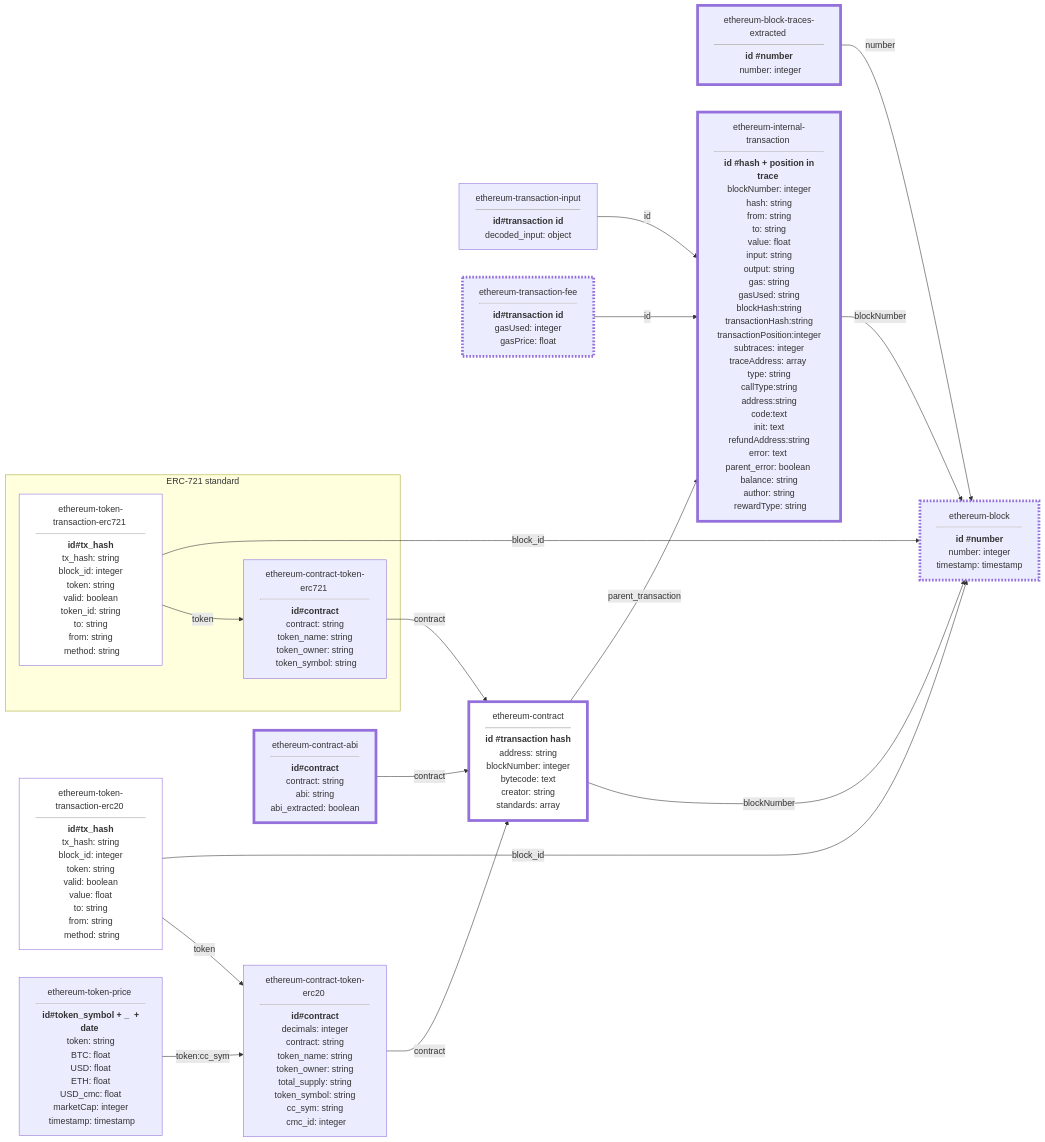
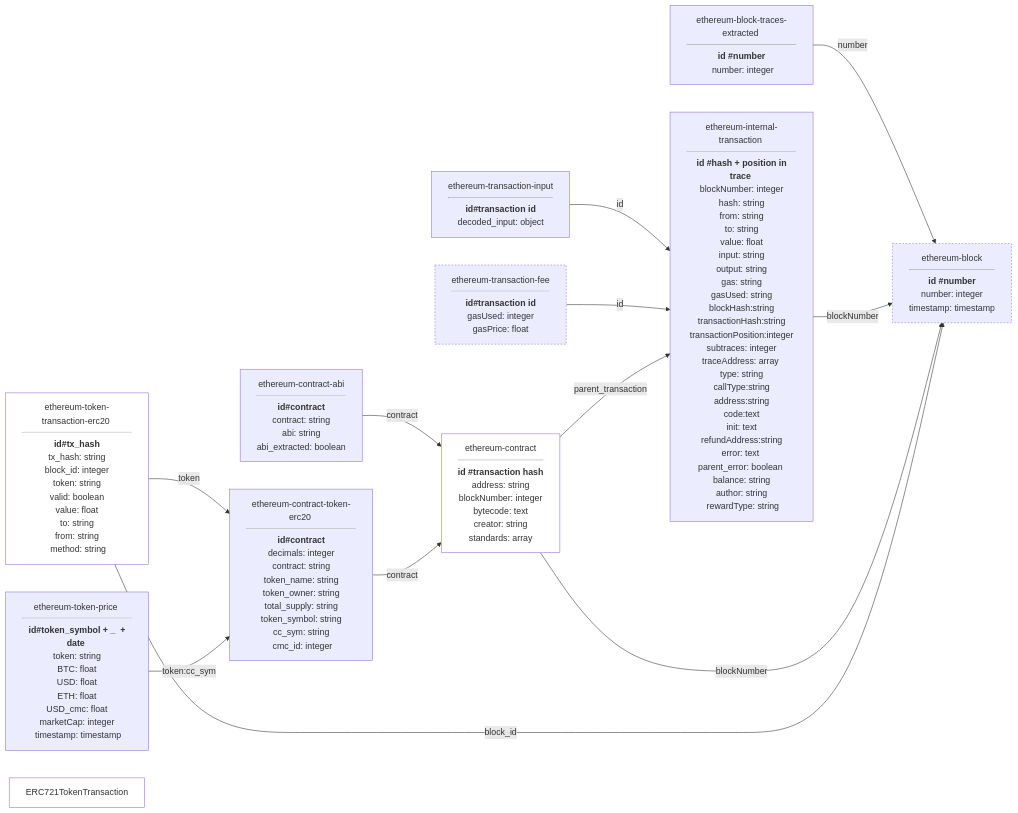
One commit to cyber-drop/ethereum_analytical_db changed the diagram in README.md. Above: the diagram before and after it, drawn with Mermaid.

````diff
--- a/README.md
+++ b/README.md
@@ -168,60 +168,41 @@
 ```mermaid
 graph LR
 Block[ethereum-block <hr> <b>id #number</b> <br> number: integer <br> timestamp: timestamp]
 
 BlockTracesExtracted[ ethereum-block-traces-extracted <hr> <b>id #number</b> <br> number: integer ]
 
 Transaction[ethereum-internal-transaction <hr> <b>id #hash + position in trace</b> <br> blockNumber: integer <br> hash: string <br> from: string <br> to: string <br> value: float <br> input: string <br> output: string <br> gas: string <br> gasUsed: string <br> blockHash:string <br> transactionHash:string <br> transactionPosition:integer <br> subtraces: integer <br>traceAddress: array <br> type: string <br> callType:string <br> address:string <br> code:text <br> init: text <br> refundAddress:string <br>error: text <br>parent_error: boolean <br> balance: string <br> author: string <br> rewardType: string]
 
 TransactionInput[ethereum-transaction-input <hr> <b> id#transaction id </b> <br> decoded_input: object]
 
 TransactionFee[ethereum-transaction-fee <hr> <b> id#transaction id </b> <br> gasUsed: integer <br> gasPrice: float]
 
 Contract[ethereum-contract <hr><b> id #transaction hash</b> <br>  address: string <br> blockNumber: integer <br> bytecode: text <br> creator: string <br> standards: array]
 
 ContractABI[ethereum-contract-abi <hr> <b>id#contract</b> <br> contract: string <br> abi: string <br> abi_extracted: boolean]
 
 ERC20Token[ethereum-contract-token-erc20 <hr><b>id#contract</b><br> decimals: integer <br> contract: string <br> token_name: string <br> token_owner: string <br> total_supply: string <br> token_symbol: string <br> cc_sym: string <br> cmc_id: integer]
 
-ERC721Token[ethereum-contract-token-erc721 <hr><b>id#contract</b><br> contract: string <br> token_name: string <br> token_owner: string <br> token_symbol: string]
-
 ERC20TokenTransaction[ethereum-token-transaction-erc20 <hr> <b>id#tx_hash</b> <br> tx_hash: string <br> block_id: integer <br> token: string <br> valid: boolean <br> value: float <br> to: string <br> from: string <br> method: string]
 
 Price[ethereum-token-price <hr> <b>id#token_symbol + _  + date </b><br> token: string <br> BTC: float <br> USD: float <br> ETH: float <br> USD_cmc: float <br> marketCap: integer <br> timestamp: timestamp]
-
-ERC721TokenTransaction[ethereum-token-transaction-erc721 <hr> <b>id#tx_hash</b> <br> tx_hash: string <br> block_id: integer <br> token: string <br> valid: boolean <br> token_id: string <br> to: string <br> from: string <br> method: string]
 
 BlockTracesExtracted --> |number| Block
 Transaction -->|blockNumber| Block
 TransactionInput -->|id|Transaction
 TransactionFee -->|id|Transaction
 Contract -->|blockNumber| Block
 Contract --> |parent_transaction| Transaction
 ContractABI -->|contract| Contract
 ERC20Token -->|contract| Contract
-ERC721Token -->|contract| Contract
 ERC20TokenTransaction --> |token| ERC20Token
-ERC721TokenTransaction --> |token| ERC721Token
 ERC20TokenTransaction -->|block_id| Block
-ERC721TokenTransaction -->|block_id| Block
 Price --> |token:cc_sym|ERC20Token
 
 style Contract fill:#fff;
 style ERC20TokenTransaction fill:#fff;
 style ERC721TokenTransaction fill:#fff;
 
 style TransactionFee stroke-dasharray:3,3;
 style Block stroke-dasharray:3,3;
-
-style Block stroke-width:5px;
-style Transaction stroke-width:5px;
-style BlockTracesExtracted stroke-width:5px;
-style Contract stroke-width:5px;
-style ContractABI stroke-width:5px;
-style TransactionFee stroke-width:5px;
-
-subgraph ERC-721 standard
-ERC721Token
-ERC721TokenTransaction
-end
 ```
````
